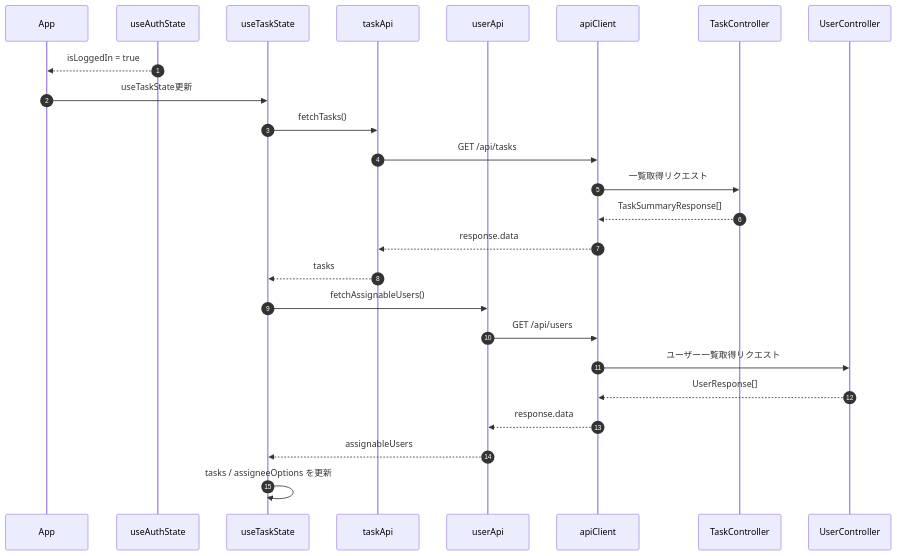
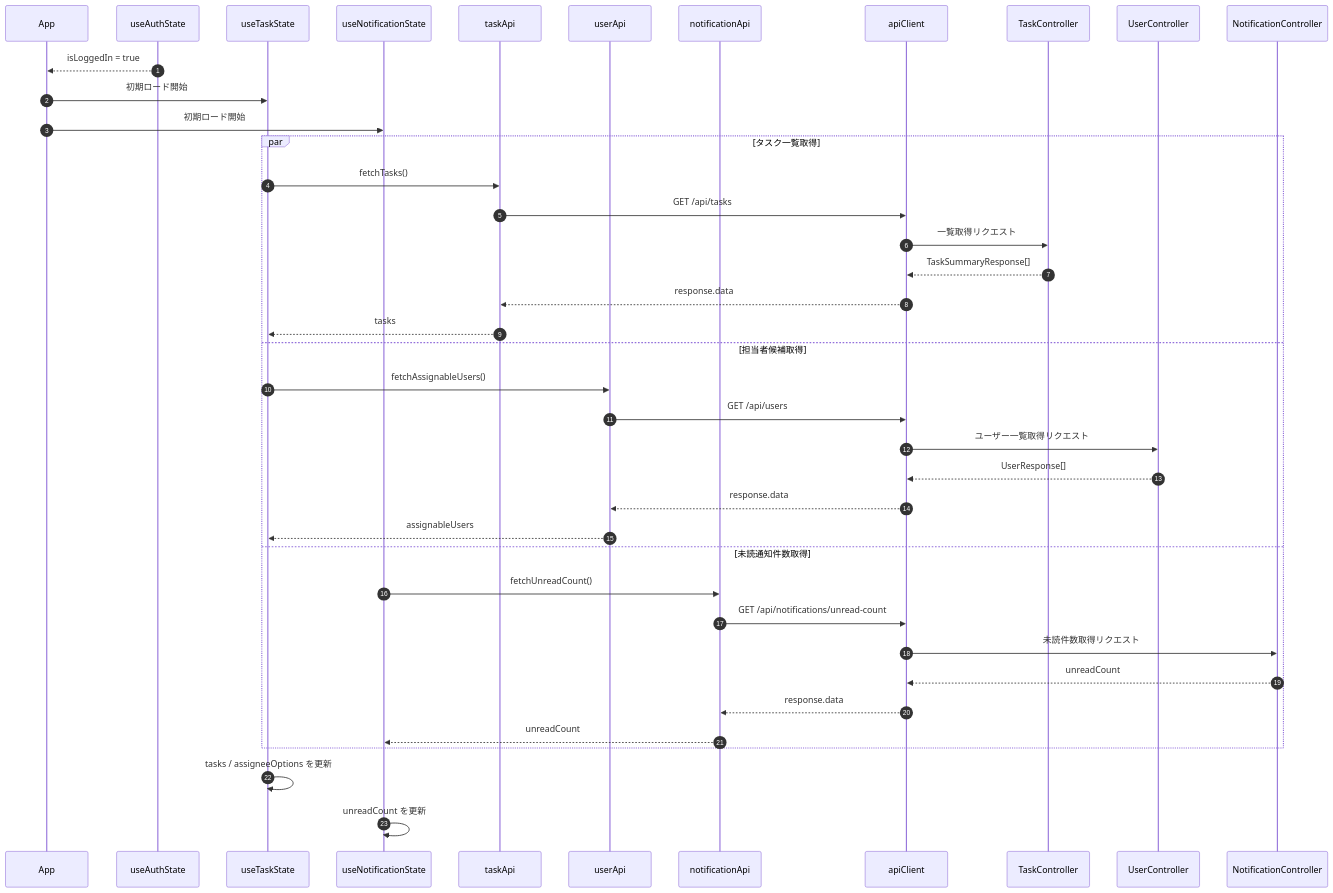
One commit to kitune-udon/task-manager-app changed the fourth of 21 diagrams in docs/01_設計/09_シーケンス図設計書.md. Above: the diagram before and after it, drawn with Mermaid. The commit also changed other lines of this file and 10 other files, not shown here.

````diff
--- a/docs/01_設計/09_シーケンス図設計書.md
+++ b/docs/01_設計/09_シーケンス図設計書.md
@@ -250,30 +325,45 @@
 ```mermaid
 sequenceDiagram
     autonumber
     participant App as App
     participant AuthState as useAuthState
     participant TaskState as useTaskState
+    participant NotificationState as useNotificationState
     participant TaskApi as taskApi
     participant UserApi as userApi
+    participant NotificationApi as notificationApi
     participant ApiClient as apiClient
     participant TaskController as TaskController
     participant UserController as UserController
+    participant NotificationController as NotificationController
 
     AuthState-->>App: isLoggedIn = true
-    App->>TaskState: useTaskState更新
-    TaskState->>TaskApi: fetchTasks()
-    TaskApi->>ApiClient: GET /api/tasks
-    ApiClient->>TaskController: 一覧取得リクエスト
-    TaskController-->>ApiClient: TaskSummaryResponse[]
-    ApiClient-->>TaskApi: response.data
-    TaskApi-->>TaskState: tasks
+    App->>TaskState: 初期ロード開始
+    App->>NotificationState: 初期ロード開始
 
-    TaskState->>UserApi: fetchAssignableUsers()
-    UserApi->>ApiClient: GET /api/users
-    ApiClient->>UserController: ユーザー一覧取得リクエスト
-    UserController-->>ApiClient: UserResponse[]
-    ApiClient-->>UserApi: response.data
-    UserApi-->>TaskState: assignableUsers
+    par タスク一覧取得
+        TaskState->>TaskApi: fetchTasks()
+        TaskApi->>ApiClient: GET /api/tasks
+        ApiClient->>TaskController: 一覧取得リクエスト
+        TaskController-->>ApiClient: TaskSummaryResponse[]
+        ApiClient-->>TaskApi: response.data
+        TaskApi-->>TaskState: tasks
+    and 担当者候補取得
+        TaskState->>UserApi: fetchAssignableUsers()
+        UserApi->>ApiClient: GET /api/users
+        ApiClient->>UserController: ユーザー一覧取得リクエスト
+        UserController-->>ApiClient: UserResponse[]
+        ApiClient-->>UserApi: response.data
+        UserApi-->>TaskState: assignableUsers
+    and 未読通知件数取得
+        NotificationState->>NotificationApi: fetchUnreadCount()
+        NotificationApi->>ApiClient: GET /api/notifications/unread-count
+        ApiClient->>NotificationController: 未読件数取得リクエスト
+        NotificationController-->>ApiClient: unreadCount
+        ApiClient-->>NotificationApi: response.data
+        NotificationApi-->>NotificationState: unreadCount
+    end
 
     TaskState->>TaskState: tasks / assigneeOptions を更新
+    NotificationState->>NotificationState: unreadCount を更新
 ```
````
